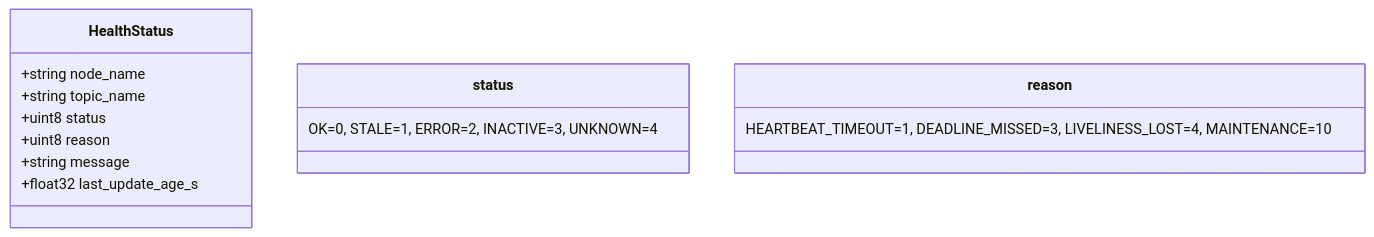
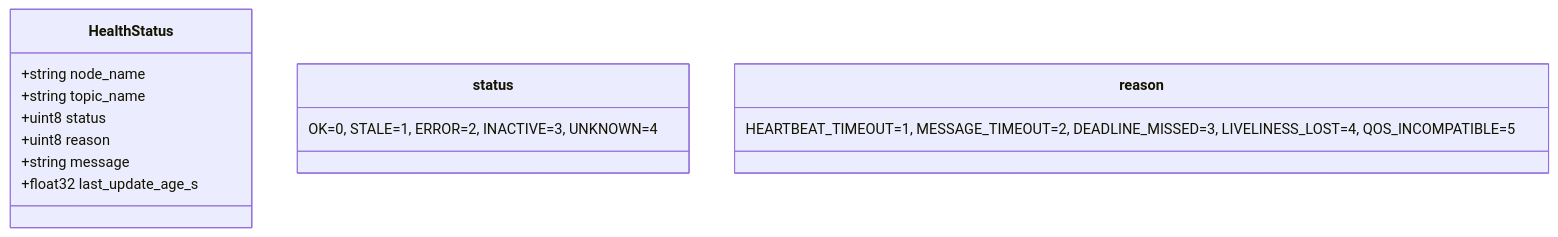
Before and after one commit to NILAMATHI1999/drone-health-modular-framework: the second of 4 diagrams in src/drone_health_core/health_monitor/README.md, drawn with Mermaid. The commit also changed other lines of this file and 10 other files, not shown here.

````diff
--- a/src/drone_health_core/health_monitor/README.md
+++ b/src/drone_health_core/health_monitor/README.md
@@ -76,13 +75,13 @@
 ```mermaid
 classDiagram
     class HealthStatus {
         +string node_name
         +string topic_name
         +uint8 status
         +uint8 reason
         +string message
         +float32 last_update_age_s
     }
     status : OK=0, STALE=1, ERROR=2, INACTIVE=3, UNKNOWN=4
-    reason : HEARTBEAT_TIMEOUT=1, DEADLINE_MISSED=3, LIVELINESS_LOST=4, MAINTENANCE=10
+    reason : HEARTBEAT_TIMEOUT=1, MESSAGE_TIMEOUT=2, DEADLINE_MISSED=3, LIVELINESS_LOST=4, QOS_INCOMPATIBLE=5
 ```
````
